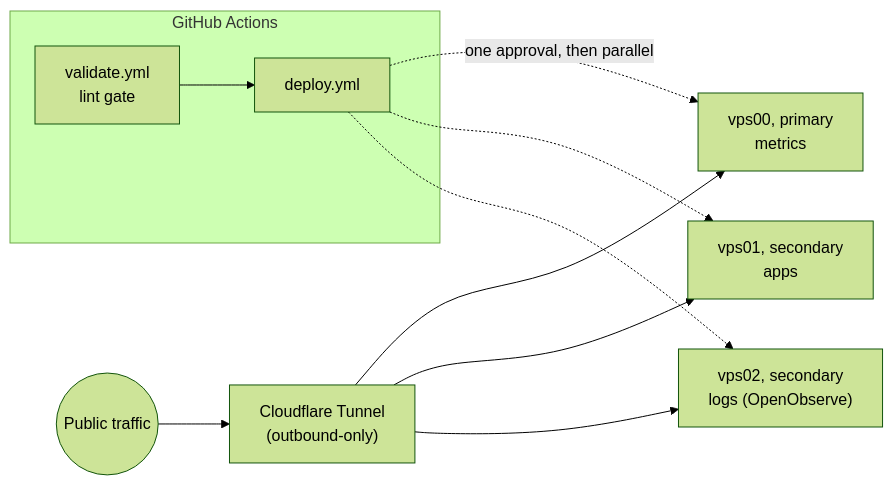
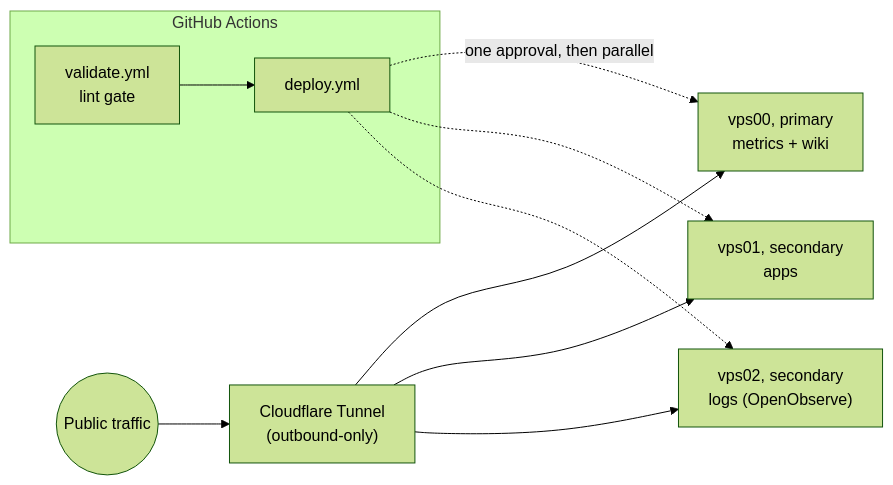
The diagram in README.md (nineW0nW0n/homelab-but-the-home-is-silent), drawn with Mermaid (forest theme) before and after one commit. The commit also changed other lines of this file and 2 other files, not shown here.

First line of the commit message:
docs: README missed wiki-kit, and two scripts still cite Swarm (#81)

````diff
--- a/README.md
+++ b/README.md
@@ -54,15 +57,15 @@
 ```mermaid
 flowchart LR
     internet(("Public traffic")) --> tunnel["Cloudflare Tunnel\n(outbound-only)"]
-    tunnel --> vps00["vps00, primary\nmetrics"]
+    tunnel --> vps00["vps00, primary\nmetrics + wiki"]
     tunnel --> vps01["vps01, secondary\napps"]
     tunnel --> vps02["vps02, secondary\nlogs (OpenObserve)"]
 
     subgraph ci["GitHub Actions"]
         validate["validate.yml\nlint gate"] --> deploy["deploy.yml"]
     end
 
     deploy -. "one approval, then parallel" .-> vps00
     deploy -.-> vps01
     deploy -.-> vps02
 ```
````
